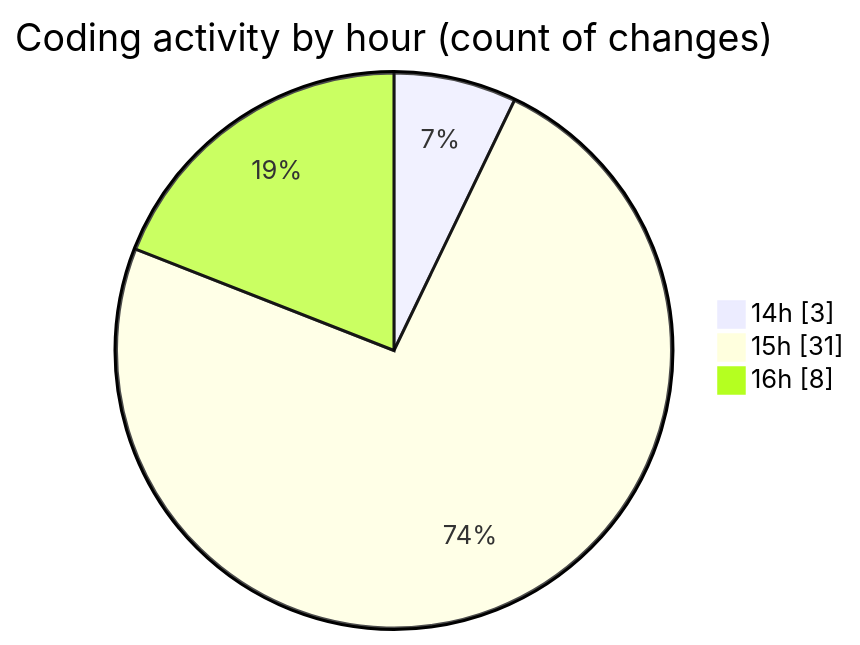
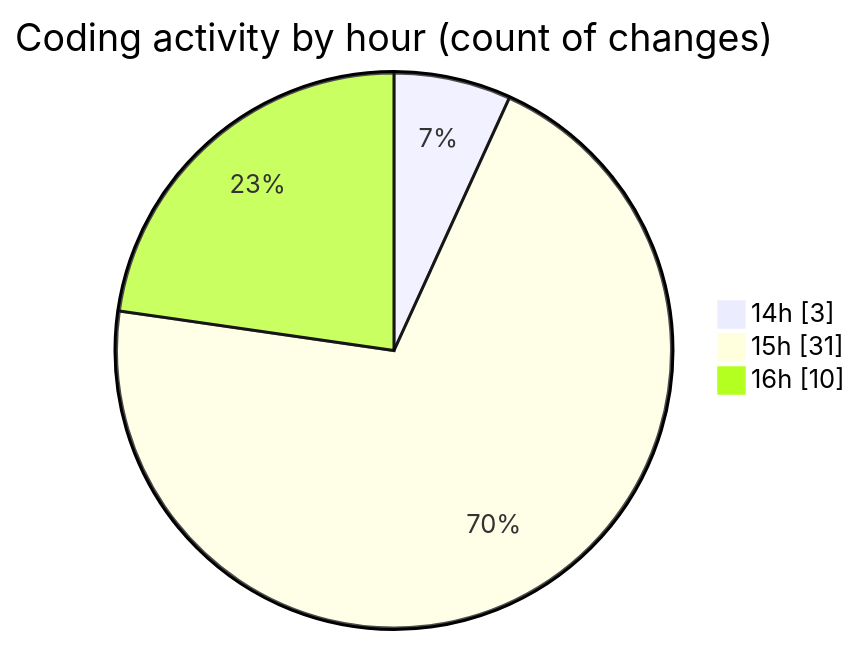
The second of 2 diagrams in 2025-05-30/studio-backend/README.md (idhammustaqopulfikri/code-tracking), drawn with Mermaid before and after one commit. The commit also changed other lines of this file and 1 other file, not shown here.

````diff
--- a/2025-05-30/studio-backend/README.md
+++ b/2025-05-30/studio-backend/README.md
@@ -41,7 +43,7 @@
 ```mermaid
 pie showData
 title Coding activity by hour (count of changes)
 "14h" : 3
 "15h" : 31
-"16h" : 8
+"16h" : 10
 ```
````
